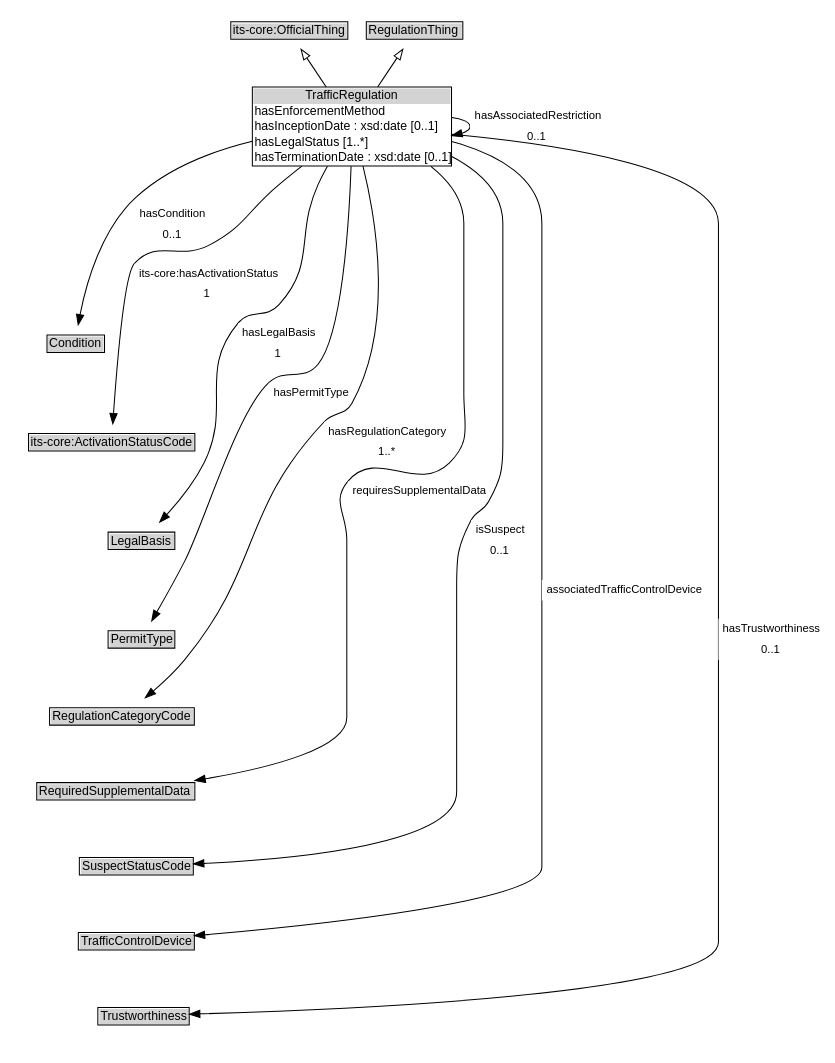
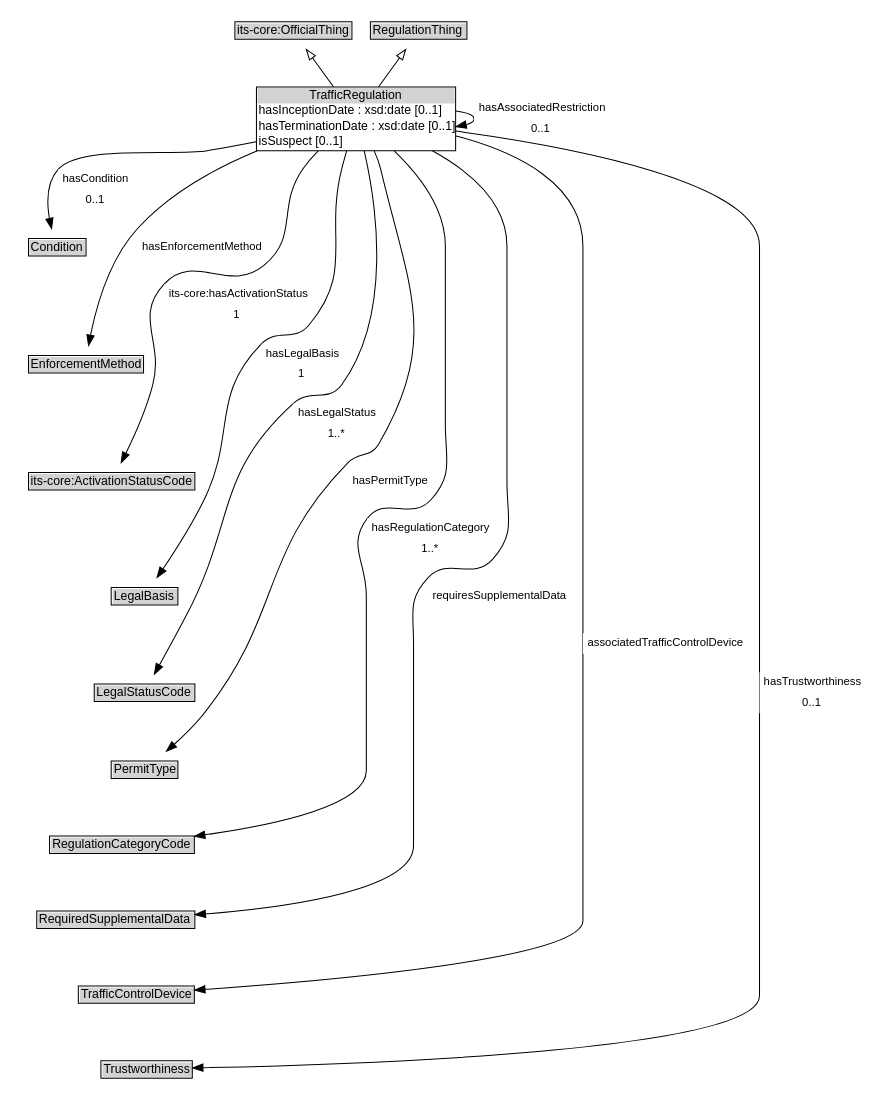
One commit to k-vaughn/ontology-its-regulation changed the diagram in docs/diagrams/TrafficRegulation.dot. Above: the diagram before and after it, drawn with Graphviz. The commit also changed 156 other files, not shown here.

```diff
--- a/docs/diagrams/TrafficRegulation.dot
+++ b/docs/diagrams/TrafficRegulation.dot
@@ -1,59 +1,63 @@
 // Diagram for TrafficRegulation
 digraph {
 	graph [overlap=false rankdir=TB splines=true]
 	node [fontname=Arial fontsize=12 margin=0 shape=none]
 	edge [fontname=Arial fontsize=11]
 	{
 		rank=source
 		"its-core_OfficialThing" [label=<<TABLE BORDER="1" CELLBORDER="0" CELLSPACING="0" CELLPADDING="1"><TR><TD BGCOLOR="lightgray" ALIGN="CENTER">its-core:OfficialThing</TD></TR></TABLE>> URL="https://w3id.org/itsdata/core/v1/OfficialThing" margin=0]
 		RegulationThing [label=<<TABLE BORDER="1" CELLBORDER="0" CELLSPACING="0" CELLPADDING="1"><TR><TD BGCOLOR="lightgray" ALIGN="CENTER">RegulationThing</TD></TR></TABLE>> URL="../RegulationThing" margin=0]
 	}
-	TrafficRegulation [label=<<TABLE BORDER="1" CELLBORDER="0" CELLSPACING="0" CELLPADDING="1"><TR><TD BGCOLOR="lightgray" ALIGN="CENTER">TrafficRegulation</TD></TR><TR><TD ALIGN="LEFT">hasEnforcementMethod</TD></TR><TR><TD ALIGN="LEFT">hasInceptionDate : xsd:date [0..1]</TD></TR><TR><TD ALIGN="LEFT">hasLegalStatus [1..*]</TD></TR><TR><TD ALIGN="LEFT">hasTerminationDate : xsd:date [0..1]</TD></TR></TABLE>> URL="../TrafficRegulation" margin=0]
+	TrafficRegulation [label=<<TABLE BORDER="1" CELLBORDER="0" CELLSPACING="0" CELLPADDING="1"><TR><TD BGCOLOR="lightgray" ALIGN="CENTER">TrafficRegulation</TD></TR><TR><TD ALIGN="LEFT">hasInceptionDate : xsd:date [0..1]</TD></TR><TR><TD ALIGN="LEFT">hasTerminationDate : xsd:date [0..1]</TD></TR><TR><TD ALIGN="LEFT">isSuspect [0..1]</TD></TR></TABLE>> URL="../TrafficRegulation" margin=0]
 	{
 		rank=max
 	}
 	subgraph cluster_associated {
 		label="" style=invis
 		Invis [label=<<TABLE BORDER="0" CELLBORDER="0" CELLSPACING="0" CELLPADDING="1"><TR><TD></TD></TR></TABLE>> margin=0 style=invis]
 		Condition [label=<<TABLE BORDER="1" CELLBORDER="0" CELLSPACING="0" CELLPADDING="1"><TR><TD BGCOLOR="lightgray" ALIGN="CENTER">Condition</TD></TR></TABLE>> URL="../Condition" margin=0]
+		EnforcementMethod [label=<<TABLE BORDER="1" CELLBORDER="0" CELLSPACING="0" CELLPADDING="1"><TR><TD BGCOLOR="lightgray" ALIGN="CENTER">EnforcementMethod</TD></TR></TABLE>> URL="../EnforcementMethod" margin=0]
 		"its-core_ActivationStatusCode" [label=<<TABLE BORDER="1" CELLBORDER="0" CELLSPACING="0" CELLPADDING="1"><TR><TD BGCOLOR="lightgray" ALIGN="CENTER">its-core:ActivationStatusCode</TD></TR></TABLE>> URL="https://w3id.org/itsdata/core/v1/ActivationStatusCode" margin=0]
 		LegalBasis [label=<<TABLE BORDER="1" CELLBORDER="0" CELLSPACING="0" CELLPADDING="1"><TR><TD BGCOLOR="lightgray" ALIGN="CENTER">LegalBasis</TD></TR></TABLE>> URL="../LegalBasis" margin=0]
+		LegalStatusCode [label=<<TABLE BORDER="1" CELLBORDER="0" CELLSPACING="0" CELLPADDING="1"><TR><TD BGCOLOR="lightgray" ALIGN="CENTER">LegalStatusCode</TD></TR></TABLE>> URL="../LegalStatusCode" margin=0]
 		PermitType [label=<<TABLE BORDER="1" CELLBORDER="0" CELLSPACING="0" CELLPADDING="1"><TR><TD BGCOLOR="lightgray" ALIGN="CENTER">PermitType</TD></TR></TABLE>> URL="../PermitType" margin=0]
 		RegulationCategoryCode [label=<<TABLE BORDER="1" CELLBORDER="0" CELLSPACING="0" CELLPADDING="1"><TR><TD BGCOLOR="lightgray" ALIGN="CENTER">RegulationCategoryCode</TD></TR></TABLE>> URL="../RegulationCategoryCode" margin=0]
 		RequiredSupplementalData [label=<<TABLE BORDER="1" CELLBORDER="0" CELLSPACING="0" CELLPADDING="1"><TR><TD BGCOLOR="lightgray" ALIGN="CENTER">RequiredSupplementalData</TD></TR></TABLE>> URL="../RequiredSupplementalData" margin=0]
-		SuspectStatusCode [label=<<TABLE BORDER="1" CELLBORDER="0" CELLSPACING="0" CELLPADDING="1"><TR><TD BGCOLOR="lightgray" ALIGN="CENTER">SuspectStatusCode</TD></TR></TABLE>> URL="../SuspectStatusCode" margin=0]
 		TrafficControlDevice [label=<<TABLE BORDER="1" CELLBORDER="0" CELLSPACING="0" CELLPADDING="1"><TR><TD BGCOLOR="lightgray" ALIGN="CENTER">TrafficControlDevice</TD></TR></TABLE>> URL="../TrafficControlDevice" margin=0]
 		Trustworthiness [label=<<TABLE BORDER="1" CELLBORDER="0" CELLSPACING="0" CELLPADDING="1"><TR><TD BGCOLOR="lightgray" ALIGN="CENTER">Trustworthiness</TD></TR></TABLE>> URL="../Trustworthiness" margin=0]
 	}
 	TrafficRegulation -> "its-core_OfficialThing" [arrowhead=onormal style=solid]
 	TrafficRegulation -> RegulationThing [arrowhead=onormal style=solid]
 	TrafficRegulation -> Invis [style=invis]
 	Invis -> Condition [style=invis]
-	Condition -> "its-core_ActivationStatusCode" [style=invis]
+	Condition -> EnforcementMethod [style=invis]
+	EnforcementMethod -> "its-core_ActivationStatusCode" [style=invis]
 	"its-core_ActivationStatusCode" -> LegalBasis [style=invis]
-	LegalBasis -> PermitType [style=invis]
+	LegalBasis -> LegalStatusCode [style=invis]
+	LegalStatusCode -> PermitType [style=invis]
 	PermitType -> RegulationCategoryCode [style=invis]
 	RegulationCategoryCode -> RequiredSupplementalData [style=invis]
-	RequiredSupplementalData -> SuspectStatusCode [style=invis]
-	SuspectStatusCode -> TrafficControlDevice [style=invis]
+	RequiredSupplementalData -> TrafficControlDevice [style=invis]
 	TrafficControlDevice -> Trustworthiness [style=invis]
 	LegalBasis [label=<<TABLE BORDER="1" CELLBORDER="0" CELLSPACING="0" CELLPADDING="1"><TR><TD BGCOLOR="lightgray" ALIGN="CENTER">LegalBasis</TD></TR></TABLE>> URL="../LegalBasis" margin=0]
 	TrafficRegulation -> LegalBasis [label=<<TABLE BORDER="0" CELLBORDER="0" CELLSPACING="0" CELLPADDING="4" BGCOLOR="white"><TR><TD ALIGN="CENTER">hasLegalBasis</TD></TR><TR><TD ALIGN="CENTER">1</TD></TR></TABLE>> arrowhead=normal style=solid]
 	TrafficControlDevice [label=<<TABLE BORDER="1" CELLBORDER="0" CELLSPACING="0" CELLPADDING="1"><TR><TD BGCOLOR="lightgray" ALIGN="CENTER">TrafficControlDevice</TD></TR></TABLE>> URL="../TrafficControlDevice" margin=0]
 	TrafficRegulation -> TrafficControlDevice [label=<<TABLE BORDER="0" CELLBORDER="0" CELLSPACING="0" CELLPADDING="4" BGCOLOR="white"><TR><TD ALIGN="CENTER">associatedTrafficControlDevice</TD></TR></TABLE>> arrowhead=normal style=solid]
 	"its-core_ActivationStatusCode" [label=<<TABLE BORDER="1" CELLBORDER="0" CELLSPACING="0" CELLPADDING="1"><TR><TD BGCOLOR="lightgray" ALIGN="CENTER">its-core:ActivationStatusCode</TD></TR></TABLE>> URL="https://w3id.org/itsdata/core/v1/ActivationStatusCode" margin=0]
 	TrafficRegulation -> "its-core_ActivationStatusCode" [label=<<TABLE BORDER="0" CELLBORDER="0" CELLSPACING="0" CELLPADDING="4" BGCOLOR="white"><TR><TD ALIGN="CENTER">its-core:hasActivationStatus</TD></TR><TR><TD ALIGN="CENTER">1</TD></TR></TABLE>> arrowhead=normal style=solid]
 	TrafficRegulation -> TrafficRegulation [label=<<TABLE BORDER="0" CELLBORDER="0" CELLSPACING="0" CELLPADDING="4" BGCOLOR="white"><TR><TD ALIGN="CENTER">hasAssociatedRestriction</TD></TR><TR><TD ALIGN="CENTER">0..1</TD></TR></TABLE>> arrowhead=normal style=solid]
 	Condition [label=<<TABLE BORDER="1" CELLBORDER="0" CELLSPACING="0" CELLPADDING="1"><TR><TD BGCOLOR="lightgray" ALIGN="CENTER">Condition</TD></TR></TABLE>> URL="../Condition" margin=0]
 	TrafficRegulation -> Condition [label=<<TABLE BORDER="0" CELLBORDER="0" CELLSPACING="0" CELLPADDING="4" BGCOLOR="white"><TR><TD ALIGN="CENTER">hasCondition</TD></TR><TR><TD ALIGN="CENTER">0..1</TD></TR></TABLE>> arrowhead=normal style=solid]
 	PermitType [label=<<TABLE BORDER="1" CELLBORDER="0" CELLSPACING="0" CELLPADDING="1"><TR><TD BGCOLOR="lightgray" ALIGN="CENTER">PermitType</TD></TR></TABLE>> URL="../PermitType" margin=0]
 	TrafficRegulation -> PermitType [label=<<TABLE BORDER="0" CELLBORDER="0" CELLSPACING="0" CELLPADDING="4" BGCOLOR="white"><TR><TD ALIGN="CENTER">hasPermitType</TD></TR></TABLE>> arrowhead=normal style=solid]
 	RegulationCategoryCode [label=<<TABLE BORDER="1" CELLBORDER="0" CELLSPACING="0" CELLPADDING="1"><TR><TD BGCOLOR="lightgray" ALIGN="CENTER">RegulationCategoryCode</TD></TR></TABLE>> URL="../RegulationCategoryCode" margin=0]
 	TrafficRegulation -> RegulationCategoryCode [label=<<TABLE BORDER="0" CELLBORDER="0" CELLSPACING="0" CELLPADDING="4" BGCOLOR="white"><TR><TD ALIGN="CENTER">hasRegulationCategory</TD></TR><TR><TD ALIGN="CENTER">1..*</TD></TR></TABLE>> arrowhead=normal style=solid]
 	RequiredSupplementalData [label=<<TABLE BORDER="1" CELLBORDER="0" CELLSPACING="0" CELLPADDING="1"><TR><TD BGCOLOR="lightgray" ALIGN="CENTER">RequiredSupplementalData</TD></TR></TABLE>> URL="../RequiredSupplementalData" margin=0]
 	TrafficRegulation -> RequiredSupplementalData [label=<<TABLE BORDER="0" CELLBORDER="0" CELLSPACING="0" CELLPADDING="4" BGCOLOR="white"><TR><TD ALIGN="CENTER">requiresSupplementalData</TD></TR></TABLE>> arrowhead=normal style=solid]
 	Trustworthiness [label=<<TABLE BORDER="1" CELLBORDER="0" CELLSPACING="0" CELLPADDING="1"><TR><TD BGCOLOR="lightgray" ALIGN="CENTER">Trustworthiness</TD></TR></TABLE>> URL="../Trustworthiness" margin=0]
 	TrafficRegulation -> Trustworthiness [label=<<TABLE BORDER="0" CELLBORDER="0" CELLSPACING="0" CELLPADDING="4" BGCOLOR="white"><TR><TD ALIGN="CENTER">hasTrustworthiness</TD></TR><TR><TD ALIGN="CENTER">0..1</TD></TR></TABLE>> arrowhead=normal style=solid]
-	SuspectStatusCode [label=<<TABLE BORDER="1" CELLBORDER="0" CELLSPACING="0" CELLPADDING="1"><TR><TD BGCOLOR="lightgray" ALIGN="CENTER">SuspectStatusCode</TD></TR></TABLE>> URL="../SuspectStatusCode" margin=0]
-	TrafficRegulation -> SuspectStatusCode [label=<<TABLE BORDER="0" CELLBORDER="0" CELLSPACING="0" CELLPADDING="4" BGCOLOR="white"><TR><TD ALIGN="CENTER">isSuspect</TD></TR><TR><TD ALIGN="CENTER">0..1</TD></TR></TABLE>> arrowhead=normal style=solid]
+	EnforcementMethod [label=<<TABLE BORDER="1" CELLBORDER="0" CELLSPACING="0" CELLPADDING="1"><TR><TD BGCOLOR="lightgray" ALIGN="CENTER">EnforcementMethod</TD></TR></TABLE>> URL="../EnforcementMethod" margin=0]
+	TrafficRegulation -> EnforcementMethod [label=<<TABLE BORDER="0" CELLBORDER="0" CELLSPACING="0" CELLPADDING="4" BGCOLOR="white"><TR><TD ALIGN="CENTER">hasEnforcementMethod</TD></TR></TABLE>> arrowhead=normal style=solid]
+	LegalStatusCode [label=<<TABLE BORDER="1" CELLBORDER="0" CELLSPACING="0" CELLPADDING="1"><TR><TD BGCOLOR="lightgray" ALIGN="CENTER">LegalStatusCode</TD></TR></TABLE>> URL="../LegalStatusCode" margin=0]
+	TrafficRegulation -> LegalStatusCode [label=<<TABLE BORDER="0" CELLBORDER="0" CELLSPACING="0" CELLPADDING="4" BGCOLOR="white"><TR><TD ALIGN="CENTER">hasLegalStatus</TD></TR><TR><TD ALIGN="CENTER">1..*</TD></TR></TABLE>> arrowhead=normal style=solid]
 }
```
